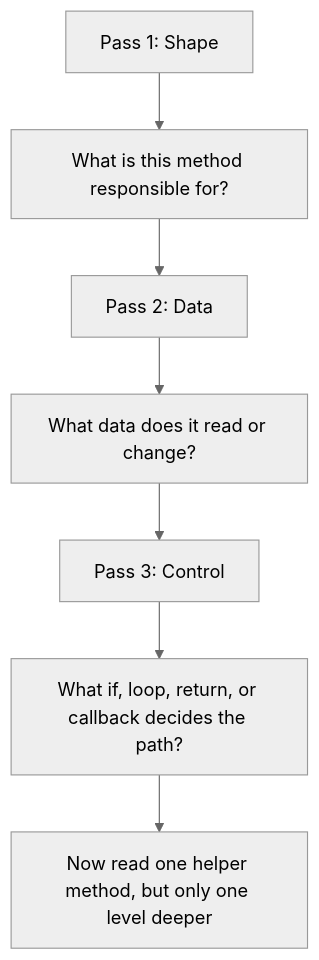
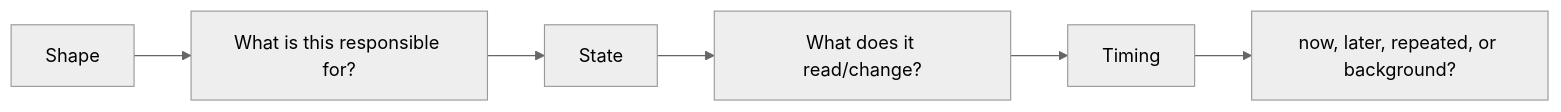
The second of 30 diagrams in docs/beginner-guide/03-advanced.md (nimbold/LifeXP), drawn with Mermaid (neutral theme) before and after one commit. The commit also changed other lines of this file, not shown here.

````diff
--- a/docs/beginner-guide/03-advanced.md
+++ b/docs/beginner-guide/03-advanced.md
@@ -25,9 +107,8 @@
 ```mermaid
-flowchart TD
-    A["Pass 1: Shape"] --> B["What is this method responsible for?"]
-    C["Pass 2: Data"] --> D["What data does it read or change?"]
-    E["Pass 3: Control"] --> F["What if, loop, return, or callback decides the path?"]
-    B --> C
-    D --> E
-    F --> G["Now read one helper method, but only one level deeper"]
+flowchart LR
+    A["Shape"] --> B["What is this responsible for?"]
+    B --> C["State"]
+    C --> D["What does it read/change?"]
+    D --> E["Timing"]
+    E --> F["now, later, repeated, or background?"]
 ```
````
